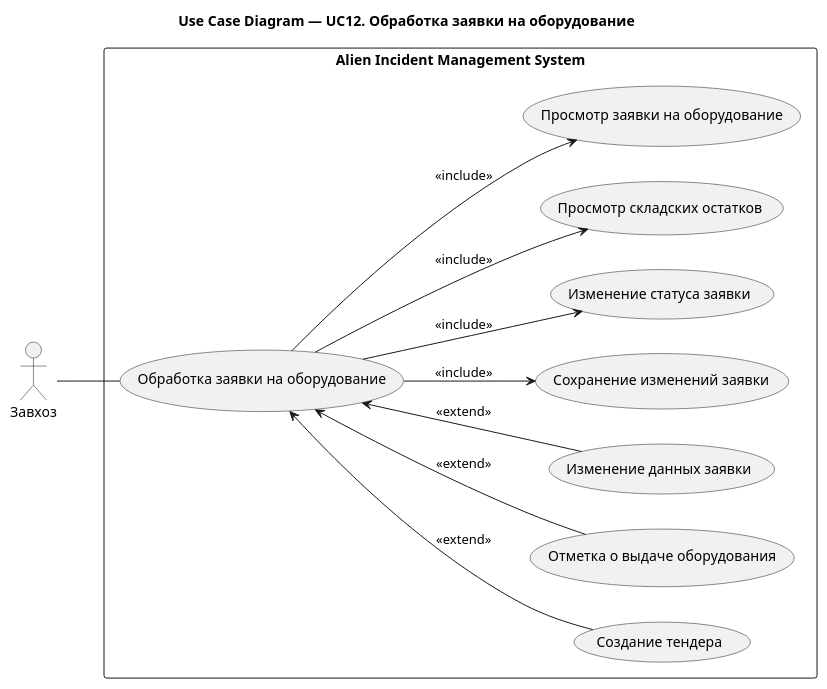
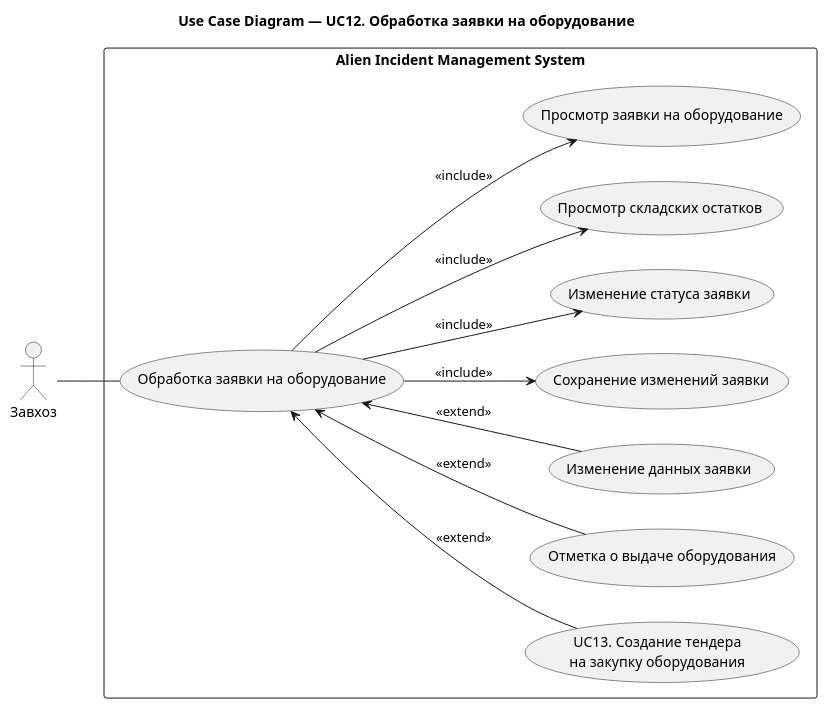
The diagram in docs/use-case/UC12.md (Andryss/AIMS), drawn with PlantUML before and after one commit. The commit also changed other lines of this file and 22 other files, not shown here.

````diff
--- a/docs/use-case/UC12.md
+++ b/docs/use-case/UC12.md
@@ -5,33 +39,33 @@
 ```plantuml
 @startuml
 title Use Case Diagram — UC12. Обработка заявки на оборудование
 left to right direction
 
 actor "Завхоз" as Storekeeper
 
 rectangle "Alien Incident Management System" {
 
 (Обработка заявки на оборудование) as UC11
 
-(Создание тендера) as UC118
+(UC13. Создание тендера\nна закупку оборудования) as UC118
 (Отметка о выдаче оборудования) as UC116
 (Изменение данных заявки) as UC115
 (Сохранение изменений заявки) as UC114
 (Изменение статуса заявки) as UC113
 (Просмотр складских остатков) as UC112
 (Просмотр заявки на оборудование) as UC111
 
 }
 
 Storekeeper -- UC11
 
 UC11 --> UC111 : <<include>>
 UC11 --> UC112 : <<include>>
 UC11 --> UC113 : <<include>>
 UC11 --> UC114 : <<include>>
 UC11 <-- UC115 : <<extend>>
 UC11 <-- UC116 : <<extend>>
 UC11 <-- UC118 : <<extend>>
 
 @enduml
 ```
````
